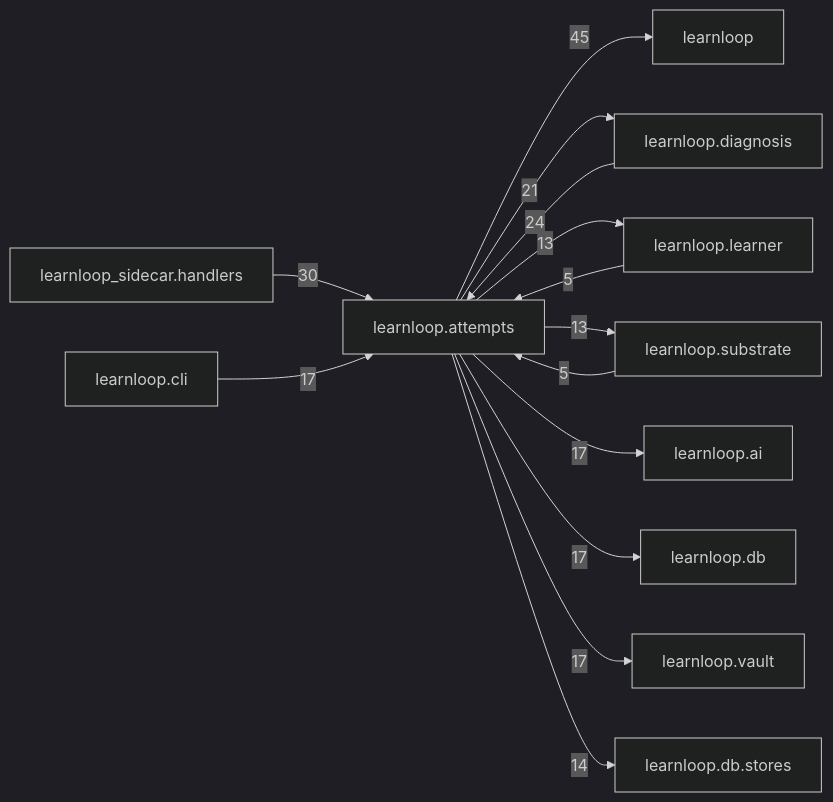
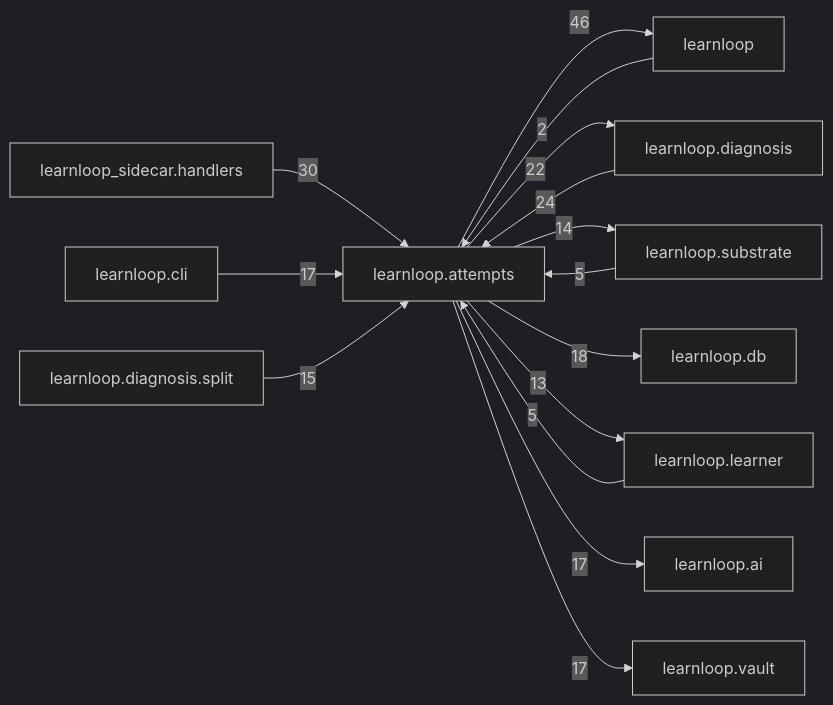
Before and after one commit to 6up-b/learnanything: the diagram in docs/learnloop-architecture-vault/Reference/Modules/learnloop/attempts/_package.md, drawn with Mermaid (dark theme). The commit also changed other lines of this file and 95 other files, not shown here.

````diff
--- a/docs/learnloop-architecture-vault/Reference/Modules/learnloop/attempts/_package.md
+++ b/docs/learnloop-architecture-vault/Reference/Modules/learnloop/attempts/_package.md
@@ -170,27 +175,28 @@
 ```mermaid
 flowchart LR
     center["learnloop.attempts"]
     n_learnloop["learnloop"]
     n_learnloop_diagnosis["learnloop.diagnosis"]
     n_learnloop_sidecar_handlers["learnloop_sidecar.handlers"]
+    n_learnloop_substrate["learnloop.substrate"]
+    n_learnloop_db["learnloop.db"]
     n_learnloop_learner["learnloop.learner"]
-    n_learnloop_substrate["learnloop.substrate"]
     n_learnloop_ai["learnloop.ai"]
     n_learnloop_cli["learnloop.cli"]
-    n_learnloop_db["learnloop.db"]
     n_learnloop_vault["learnloop.vault"]
-    n_learnloop_db_stores["learnloop.db.stores"]
-    center -->|45| n_learnloop
+    n_learnloop_diagnosis_split["learnloop.diagnosis.split"]
+    n_learnloop -->|2| center
+    center -->|46| n_learnloop
     n_learnloop_diagnosis -->|24| center
-    center -->|21| n_learnloop_diagnosis
+    center -->|22| n_learnloop_diagnosis
     n_learnloop_sidecar_handlers -->|30| center
+    n_learnloop_substrate -->|5| center
+    center -->|14| n_learnloop_substrate
+    center -->|18| n_learnloop_db
     n_learnloop_learner -->|5| center
     center -->|13| n_learnloop_learner
-    n_learnloop_substrate -->|5| center
-    center -->|13| n_learnloop_substrate
     center -->|17| n_learnloop_ai
     n_learnloop_cli -->|17| center
-    center -->|17| n_learnloop_db
     center -->|17| n_learnloop_vault
-    center -->|14| n_learnloop_db_stores
+    n_learnloop_diagnosis_split -->|15| center
 ```
````
